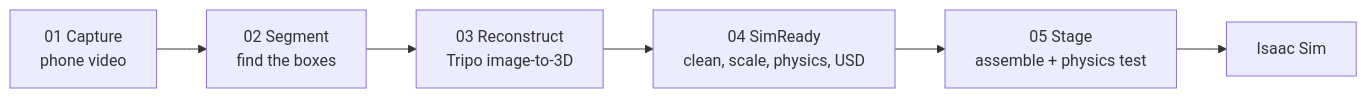
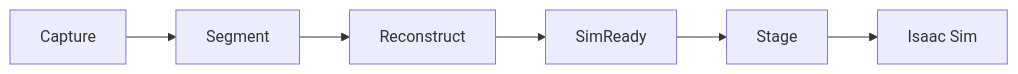
The diagram in README.md (typhoidcoma/SimScrub), drawn with Mermaid before and after one commit. The commit also changed other lines of this file, not shown here.

````diff
--- a/README.md
+++ b/README.md
@@ -15,8 +17,4 @@
 ```mermaid
 flowchart LR
-    A[01 Capture<br/>phone video] --> B[02 Segment<br/>find the boxes]
-    B --> C[03 Reconstruct<br/>Tripo image-to-3D]
-    C --> D[04 SimReady<br/>clean, scale, physics, USD]
-    D --> E[05 Stage<br/>assemble + physics test]
-    E --> F[Isaac Sim]
+    A[Capture] --> B[Segment] --> C[Reconstruct] --> D[SimReady] --> E[Stage] --> F[Isaac Sim]
 ```
````
